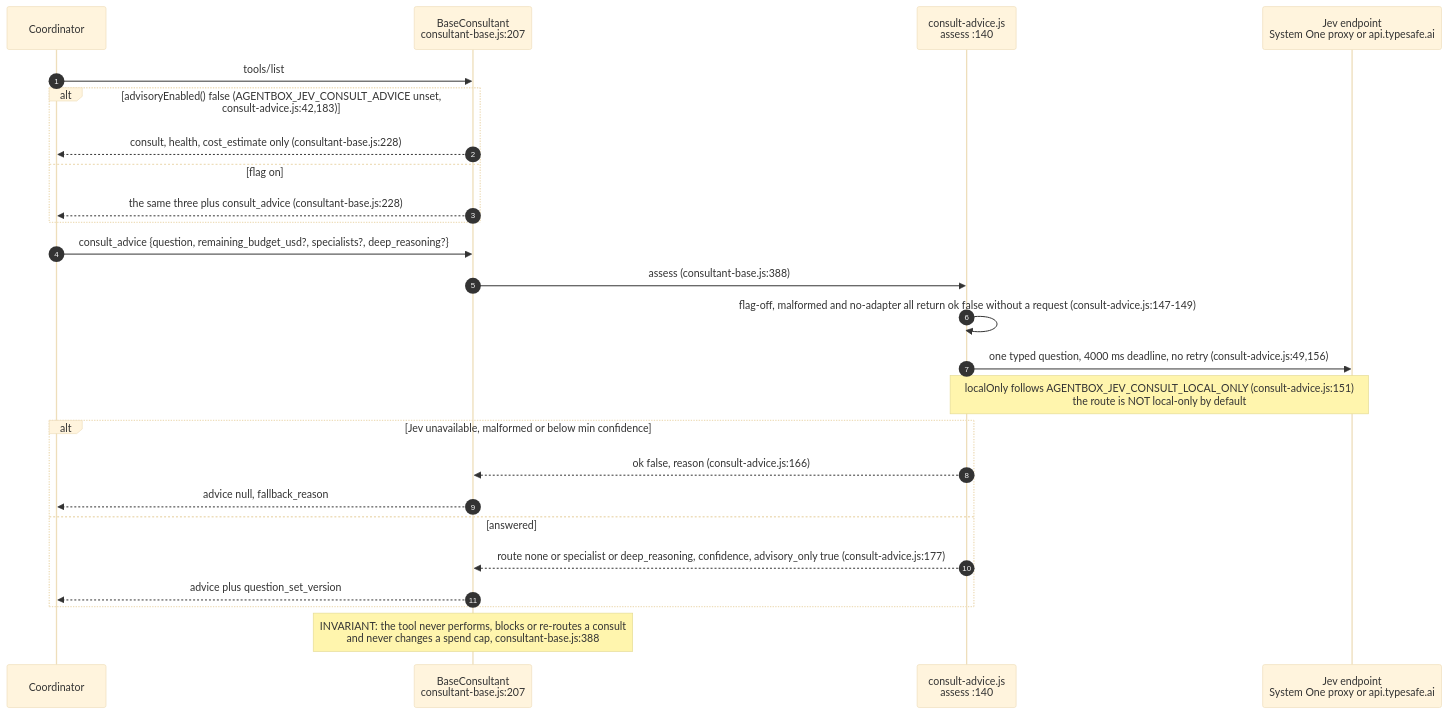
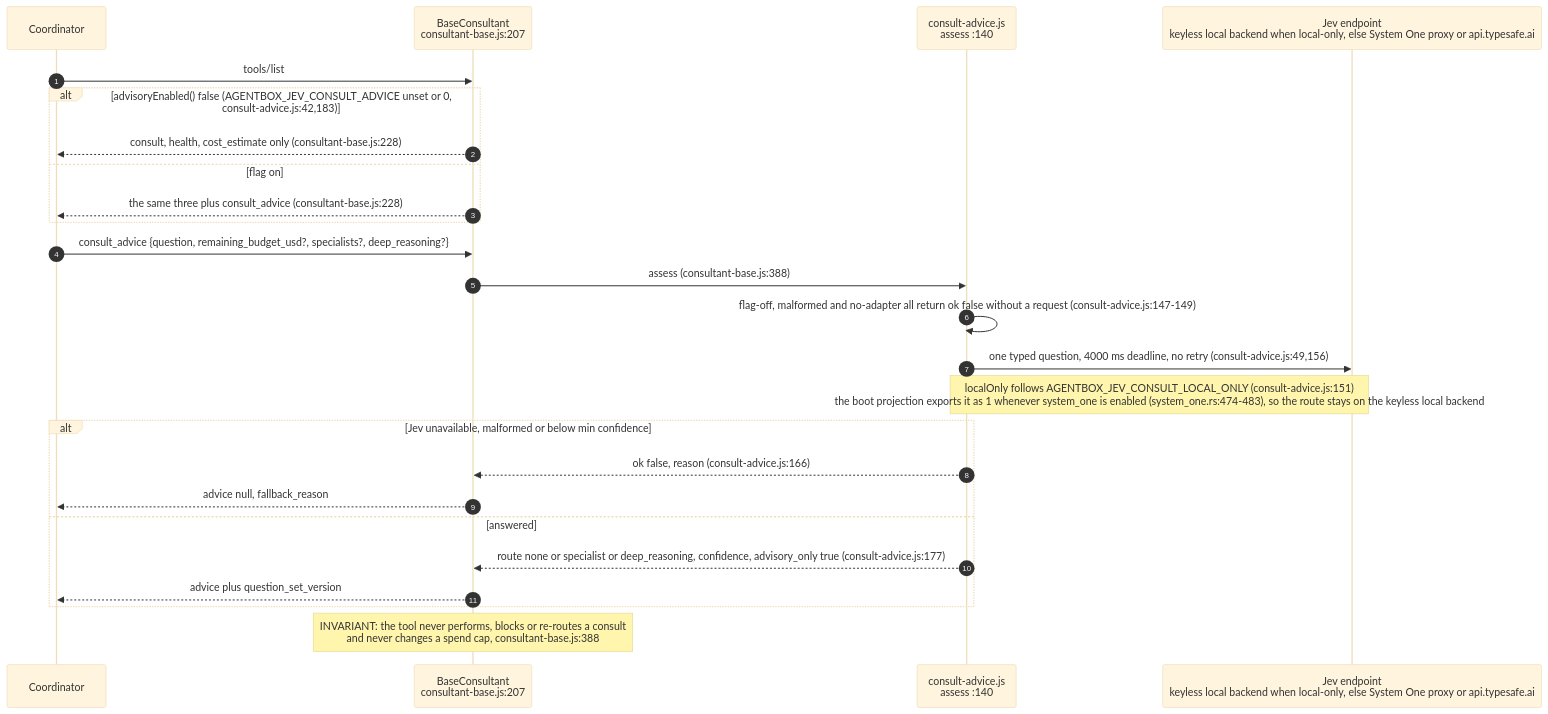
One commit to DreamLab-AI/VisionFlow changed diagram 15 of 15 in docs/diagrams/agentbox/15-capability-gating-spend-consultants.md. Above: the diagram before and after it, drawn with Mermaid (base theme). The commit also changed other lines of this file and 145 other files, not shown here.

````diff
--- a/docs/diagrams/agentbox/15-capability-gating-spend-consultants.md
+++ b/docs/diagrams/agentbox/15-capability-gating-spend-consultants.md
@@ -754,28 +757,28 @@
 ```mermaid
 sequenceDiagram
     autonumber
     participant Caller as Coordinator
     participant Base as BaseConsultant<br/>consultant-base.js:207
     participant Adv as consult-advice.js<br/>assess :140
-    participant Jev as Jev endpoint<br/>System One proxy or api.typesafe.ai
+    participant Jev as Jev endpoint<br/>keyless local backend when local-only, else System One proxy or api.typesafe.ai
 
     Caller->>Base: tools/list
-    alt advisoryEnabled() false (AGENTBOX_JEV_CONSULT_ADVICE unset, consult-advice.js:42,183)
+    alt advisoryEnabled() false (AGENTBOX_JEV_CONSULT_ADVICE unset or 0, consult-advice.js:42,183)
         Base-->>Caller: consult, health, cost_estimate only (consultant-base.js:228)
     else flag on
         Base-->>Caller: the same three plus consult_advice (consultant-base.js:228)
     end
     Caller->>Base: consult_advice {question, remaining_budget_usd?, specialists?, deep_reasoning?}
     Base->>Adv: assess (consultant-base.js:388)
     Adv->>Adv: flag-off, malformed and no-adapter all return ok false without a request (consult-advice.js:147-149)
     Adv->>Jev: one typed question, 4000 ms deadline, no retry (consult-advice.js:49,156)
-    Note over Adv,Jev: localOnly follows AGENTBOX_JEV_CONSULT_LOCAL_ONLY (consult-advice.js:151)<br/>the route is NOT local-only by default
+    Note over Adv,Jev: localOnly follows AGENTBOX_JEV_CONSULT_LOCAL_ONLY (consult-advice.js:151)<br/>the boot projection exports it as 1 whenever system_one is enabled (system_one.rs:474-483), so the route stays on the keyless local backend
     alt Jev unavailable, malformed or below min confidence
         Adv-->>Base: ok false, reason (consult-advice.js:166)
         Base-->>Caller: advice null, fallback_reason
     else answered
         Adv-->>Base: route none or specialist or deep_reasoning, confidence, advisory_only true (consult-advice.js:177)
         Base-->>Caller: advice plus question_set_version
     end
     Note over Base: INVARIANT: the tool never performs, blocks or re-routes a consult<br/>and never changes a spend cap, consultant-base.js:388
 ```
````
